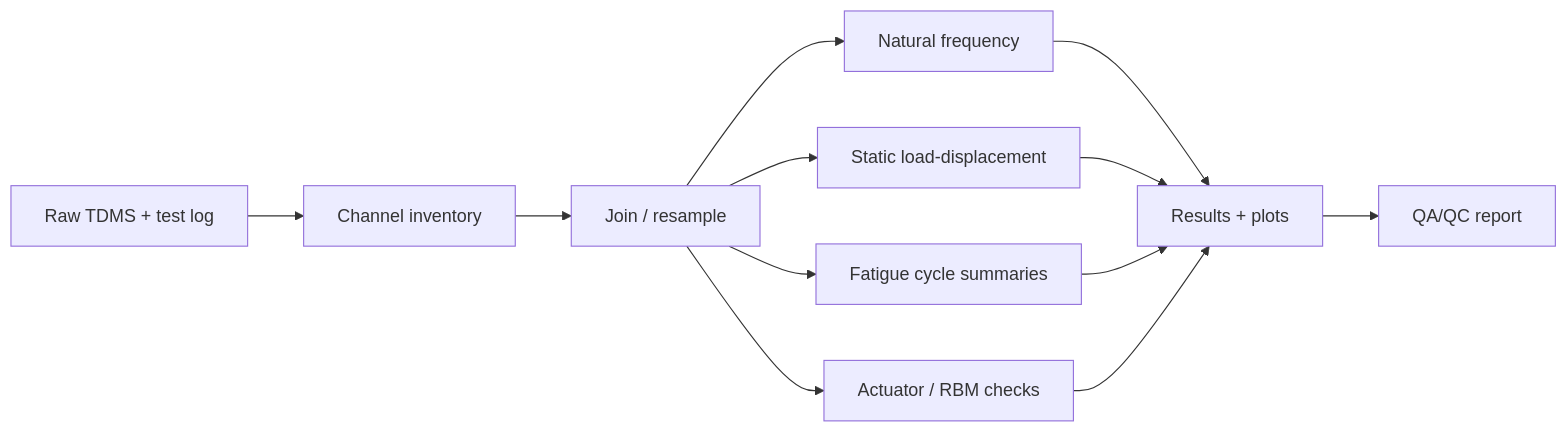
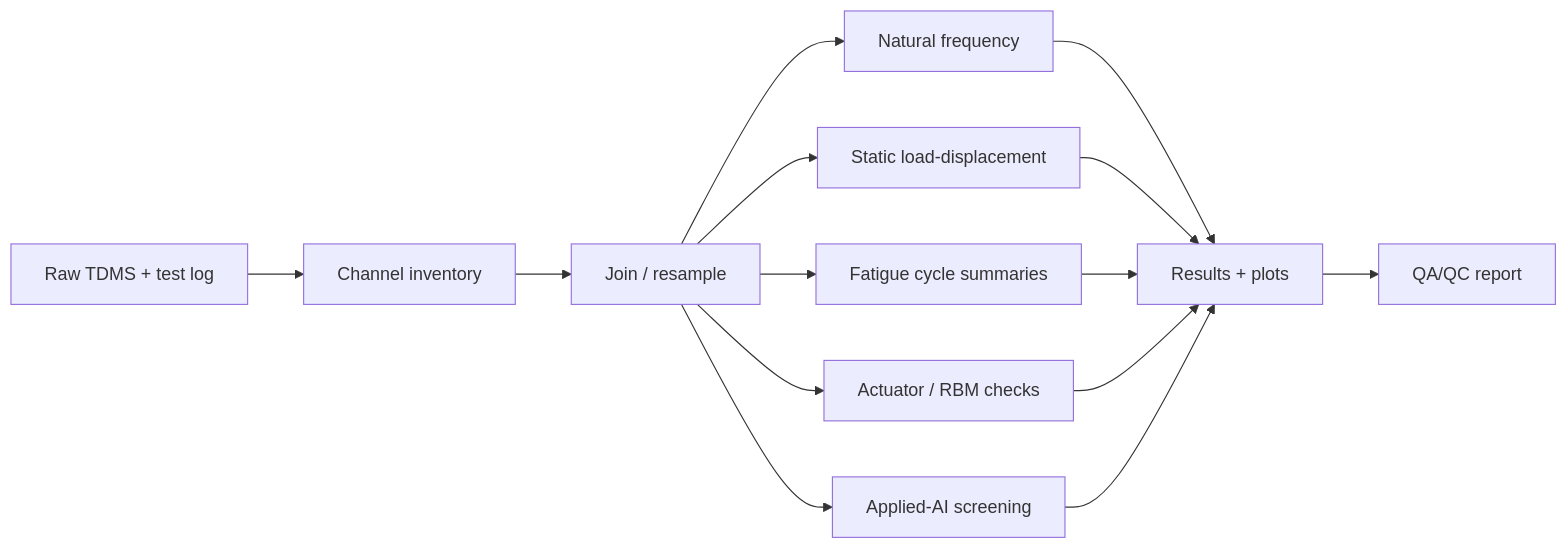
One commit to sergioald/tidal-blade-test-analysis changed the diagram in README.md. Above: the diagram before and after it, drawn with Mermaid. The commit also changed other lines of this file and 9 other files, not shown here.

````diff
--- a/README.md
+++ b/README.md
@@ -33,14 +47,16 @@
 ```mermaid
 flowchart LR
     A[Raw TDMS + test log] --> B[Channel inventory]
     B --> C[Join / resample]
     C --> D1[Natural frequency]
     C --> D2[Static load-displacement]
     C --> D3[Fatigue cycle summaries]
     C --> D4[Actuator / RBM checks]
+    C --> D5[Applied-AI screening]
     D1 --> E[Results + plots]
     D2 --> E
     D3 --> E
     D4 --> E
+    D5 --> E
     E --> F[QA/QC report]
 ```
````
